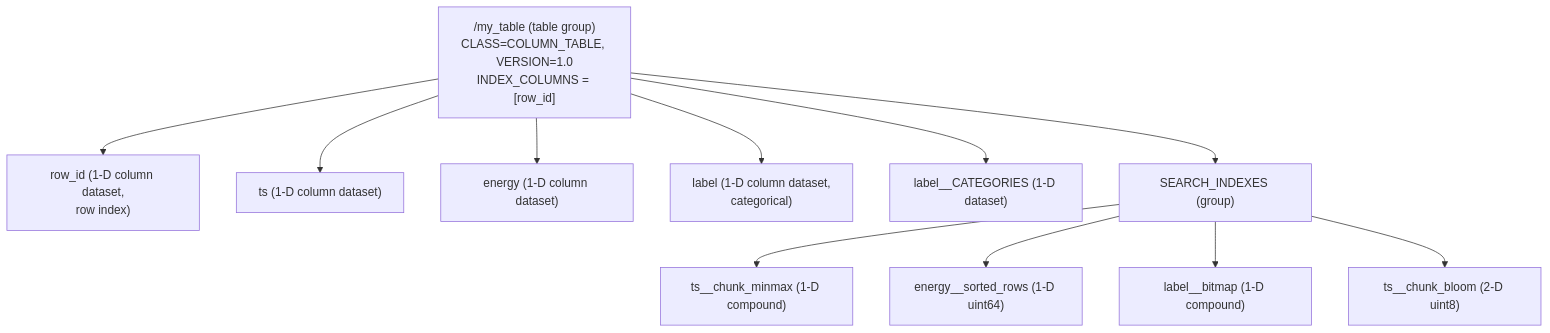
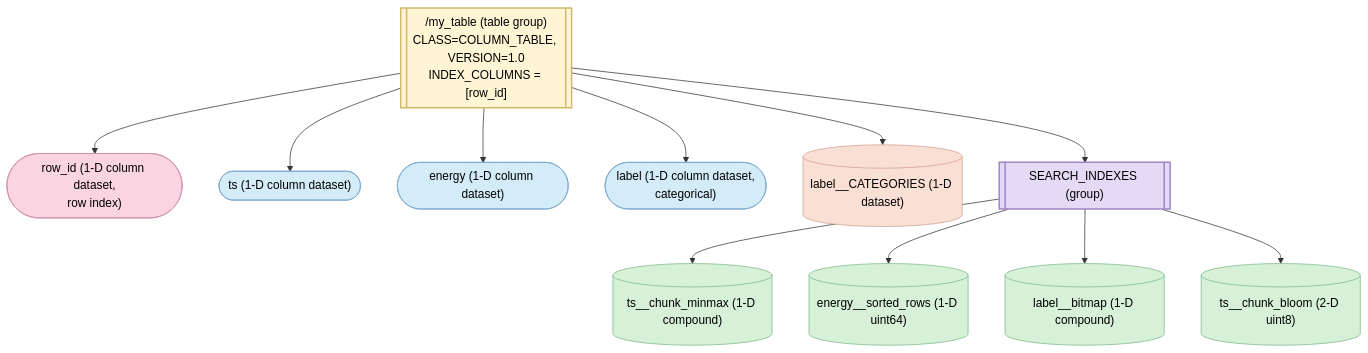
Before and after one commit to HDFAlliance/heps: the second of 8 diagrams in HEP001/index.md, drawn with Mermaid. The commit also changed other lines of this file, not shown here.

Commit message:
Improve Mermaid diagrams

````diff
--- a/HEP001/index.md
+++ b/HEP001/index.md
@@ -254,14 +263,28 @@
 ```{mermaid}
 graph TD
-  TG["/my_table (table group)<br/>CLASS=COLUMN_TABLE, VERSION=1.0<br/>INDEX_COLUMNS = [row_id]"]
-  TG --> c0["row_id (1-D column dataset,<br/>row index)"]
-  TG --> c1["ts (1-D column dataset)"]
-  TG --> c2["energy (1-D column dataset)"]
-  TG --> c3["label (1-D column dataset,<br/>categorical)"]
-  TG --> c4["label__CATEGORIES (1-D dataset)"]
-  TG --> SI["SEARCH_INDEXES (group)"]
-  SI --> mm["ts__chunk_minmax (1-D compound)"]
-  SI --> sr["energy__sorted_rows (1-D uint64)"]
-  SI --> bm["label__bitmap (1-D compound)"]
-  SI --> bf["ts__chunk_bloom (2-D uint8)"]
+  TG[["/my_table (table group)<br/>CLASS=COLUMN_TABLE, VERSION=1.0<br/>INDEX_COLUMNS = [row_id]"]]
+  TG --> c0(["row_id (1-D column dataset,<br/>row index)"])
+  TG --> c1(["ts (1-D column dataset)"])
+  TG --> c2(["energy (1-D column dataset)"])
+  TG --> c3(["label (1-D column dataset,<br/>categorical)"])
+  TG --> c4[("label__CATEGORIES (1-D dataset)")]
+  TG --> SI[["SEARCH_INDEXES (group)"]]
+  SI --> mm[("ts__chunk_minmax (1-D compound)")]
+  SI --> sr[("energy__sorted_rows (1-D uint64)")]
+  SI --> bm[("label__bitmap (1-D compound)")]
+  SI --> bf[("ts__chunk_bloom (2-D uint8)")]
+
+  classDef tableGroup fill:#FFF4D4,stroke:#D4B86A,stroke-width:2px,color:#000
+  classDef siGroup    fill:#E5DAF5,stroke:#9D85C5,stroke-width:2px,color:#000
+  classDef dataCol    fill:#D4EBF8,stroke:#7FA9D0,stroke-width:1px,color:#000
+  classDef indexCol   fill:#FAD4E1,stroke:#D08FB0,stroke-width:1px,color:#000
+  classDef catData    fill:#FAE0D4,stroke:#D09F90,stroke-width:1px,color:#000
+  classDef siData     fill:#D7F0D8,stroke:#7CB78A,stroke-width:1px,color:#000
+
+  class TG tableGroup
+  class SI siGroup
+  class c0 indexCol
+  class c1,c2,c3 dataCol
+  class c4 catData
+  class mm,sr,bm,bf siData
 ```
````
